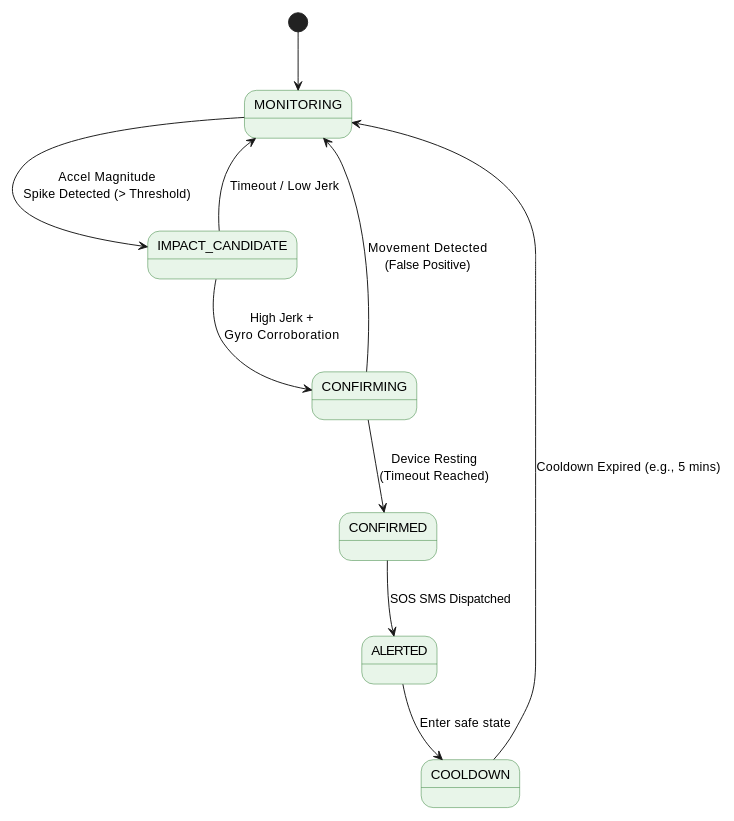
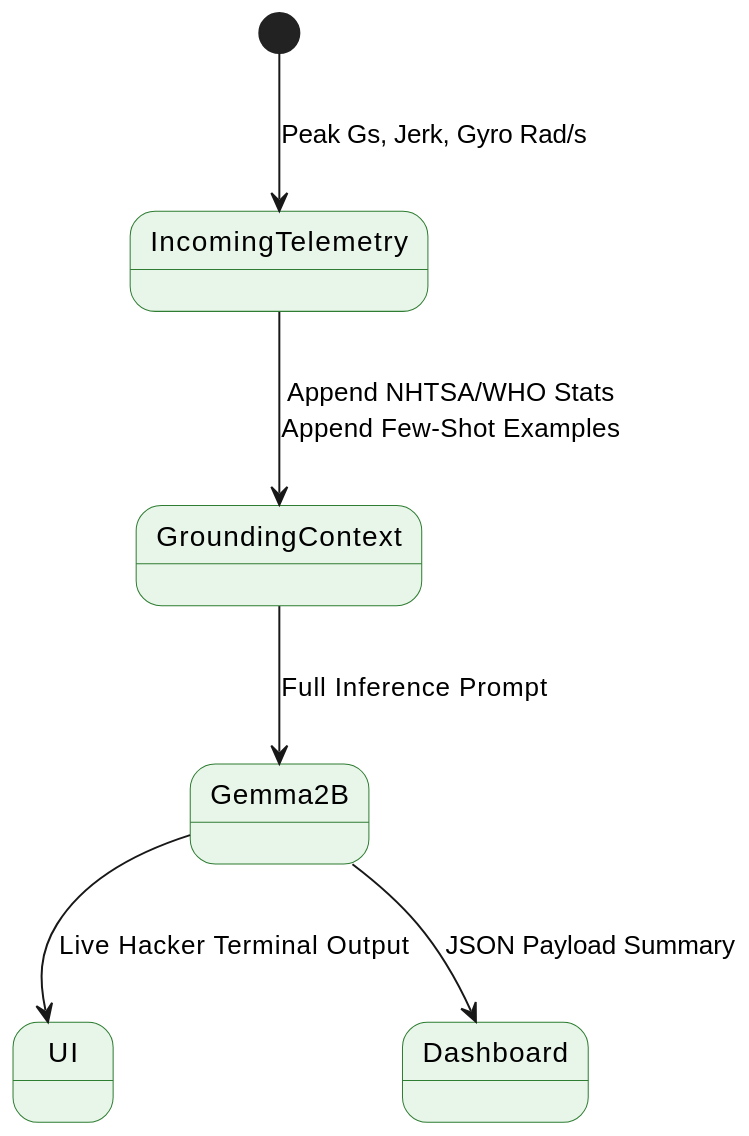
Before and after one commit to CodeWithRJ006/rakshak: the second of 2 diagrams in README.md, drawn with PlantUML. The commit also changed other lines of this file, not shown here.

Commit message:
docs: Comprehensive README update with AI, Dashboard, and Tier 3 features

````diff
--- a/README.md
+++ b/README.md
@@ -76,22 +66,13 @@
 ```plantuml
 @startuml
 scale 600 width
 skinparam stateBackgroundColor #E8F5E9
 skinparam stateBorderColor #2E7D32
 
-[*] --> MONITORING
-
-MONITORING --> IMPACT_CANDIDATE : Accel Magnitude\nSpike Detected (> Threshold)
-IMPACT_CANDIDATE --> MONITORING : Timeout / Low Jerk
-IMPACT_CANDIDATE --> CONFIRMING : High Jerk +\nGyro Corroboration
-
-CONFIRMING --> MONITORING : Movement Detected\n(False Positive)
-CONFIRMING --> CONFIRMED : Device Resting\n(Timeout Reached)
-
-CONFIRMED --> ALERTED : SOS SMS Dispatched
-ALERTED --> COOLDOWN : Enter safe state
-
-COOLDOWN --> MONITORING : Cooldown Expired (e.g., 5 mins)
-
+[*] --> IncomingTelemetry : Peak Gs, Jerk, Gyro Rad/s
+IncomingTelemetry --> GroundingContext : Append NHTSA/WHO Stats\nAppend Few-Shot Examples
+GroundingContext --> Gemma2B : Full Inference Prompt
+Gemma2B --> UI : Live Hacker Terminal Output
+Gemma2B --> Dashboard : JSON Payload Summary
 @enduml
 ```
````
